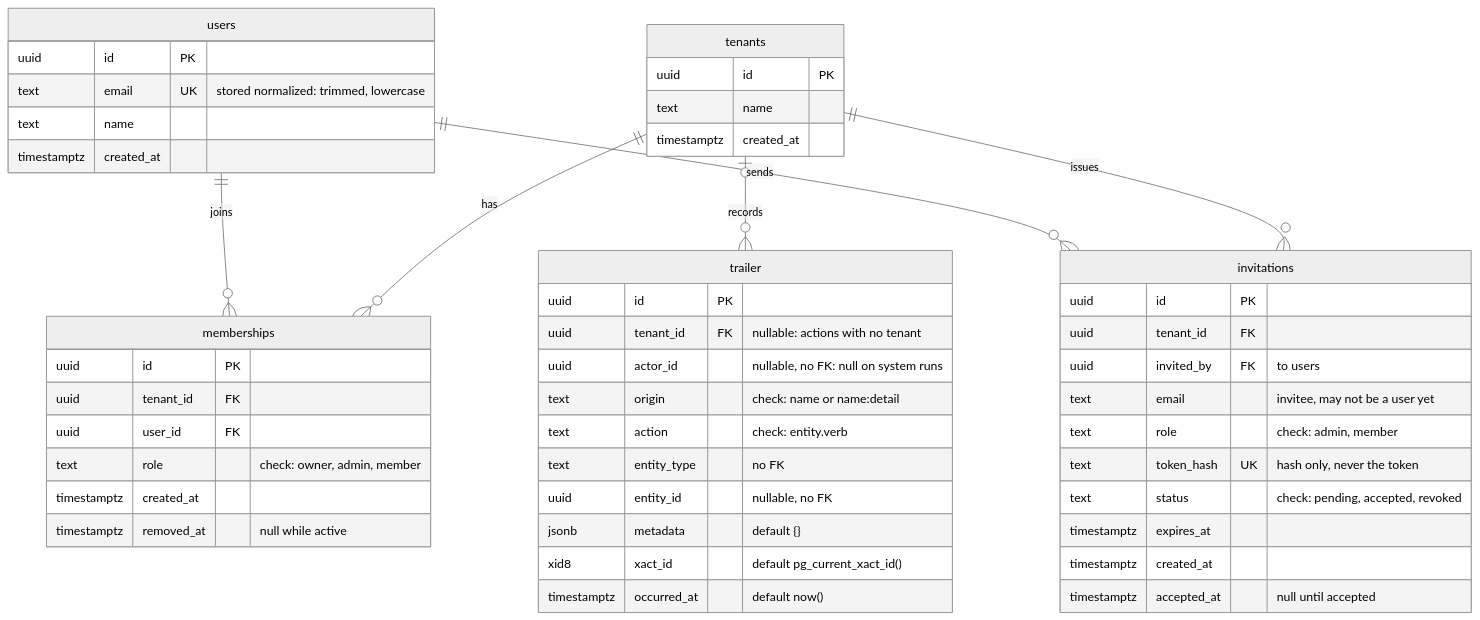
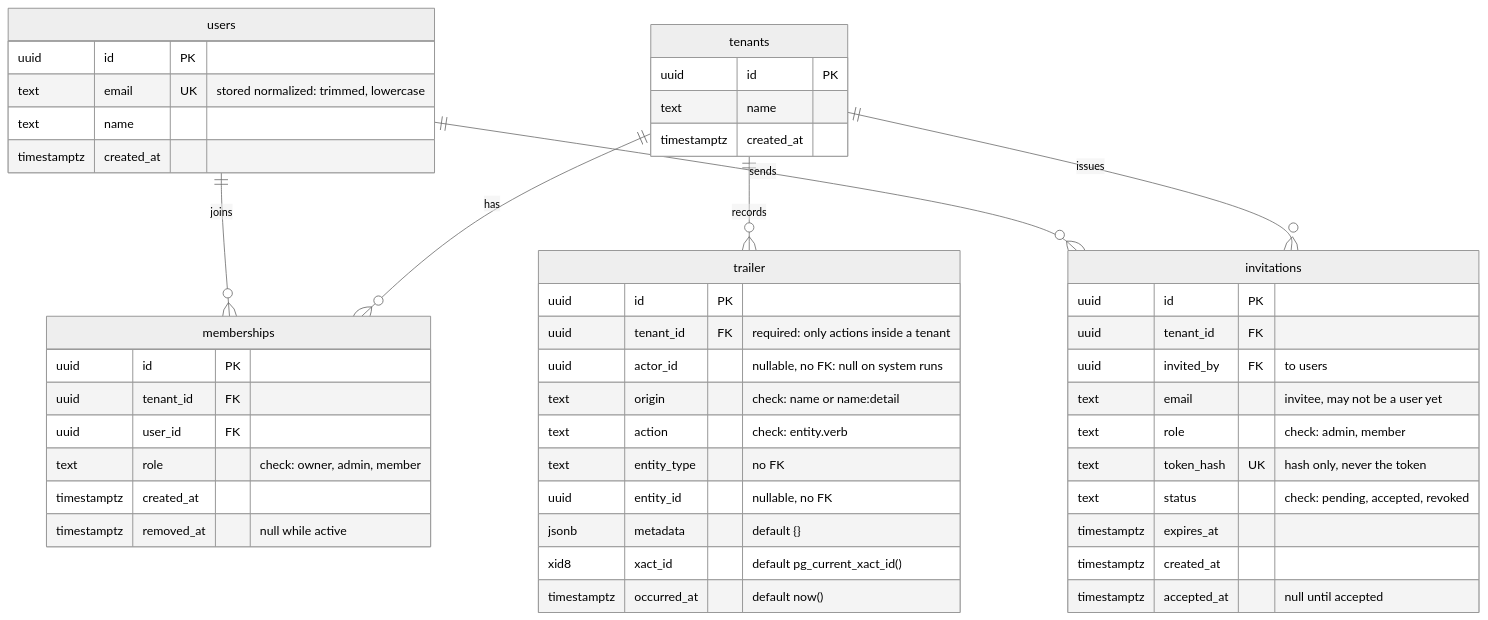
The second of 7 diagrams in drizzle/DIAGRAM.md (ronz204/poc-data-access), drawn with Mermaid (neutral theme) before and after one commit. The commit also changed other lines of this file, not shown here.

Commit message:
docs(db): show the trail as tenant-only

````diff
--- a/drizzle/DIAGRAM.md
+++ b/drizzle/DIAGRAM.md
@@ -110,51 +110,51 @@
 ```mermaid
 erDiagram
     tenants {
         uuid id PK
         text name
         timestamptz created_at
     }
     users {
         uuid id PK
         text email UK "stored normalized: trimmed, lowercase"
         text name
         timestamptz created_at
     }
     memberships {
         uuid id PK
         uuid tenant_id FK
         uuid user_id FK
         text role "check: owner, admin, member"
         timestamptz created_at
         timestamptz removed_at "null while active"
     }
     invitations {
         uuid id PK
         uuid tenant_id FK
         uuid invited_by FK "to users"
         text email "invitee, may not be a user yet"
         text role "check: admin, member"
         text token_hash UK "hash only, never the token"
         text status "check: pending, accepted, revoked"
         timestamptz expires_at
         timestamptz created_at
         timestamptz accepted_at "null until accepted"
     }
     trailer {
         uuid id PK
-        uuid tenant_id FK "nullable: actions with no tenant"
+        uuid tenant_id FK "required: only actions inside a tenant"
         uuid actor_id "nullable, no FK: null on system runs"
         text origin "check: name or name:detail"
         text action "check: entity.verb"
         text entity_type "no FK"
         uuid entity_id "nullable, no FK"
         jsonb metadata "default {}"
         xid8 xact_id "default pg_current_xact_id()"
         timestamptz occurred_at "default now()"
     }
     tenants ||--o{ memberships : has
     users ||--o{ memberships : joins
     tenants ||--o{ invitations : issues
     users ||--o{ invitations : sends
-    tenants |o--o{ trailer : records
+    tenants ||--o{ trailer : records
 ```
````
